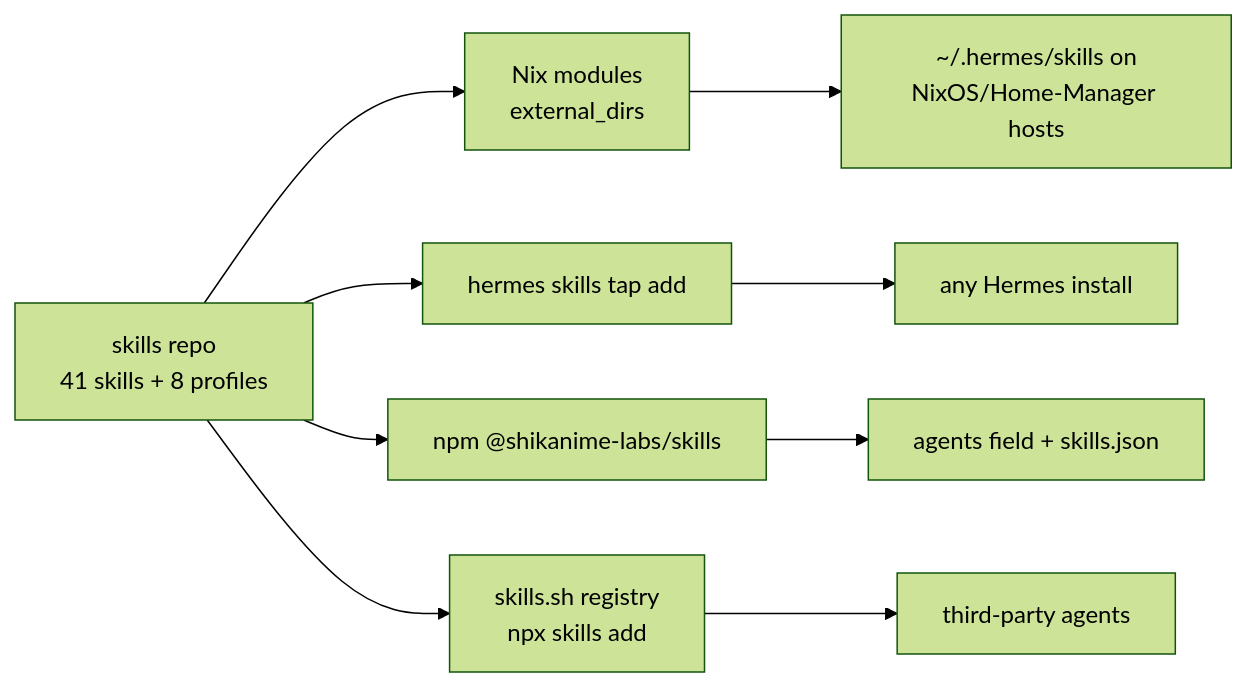
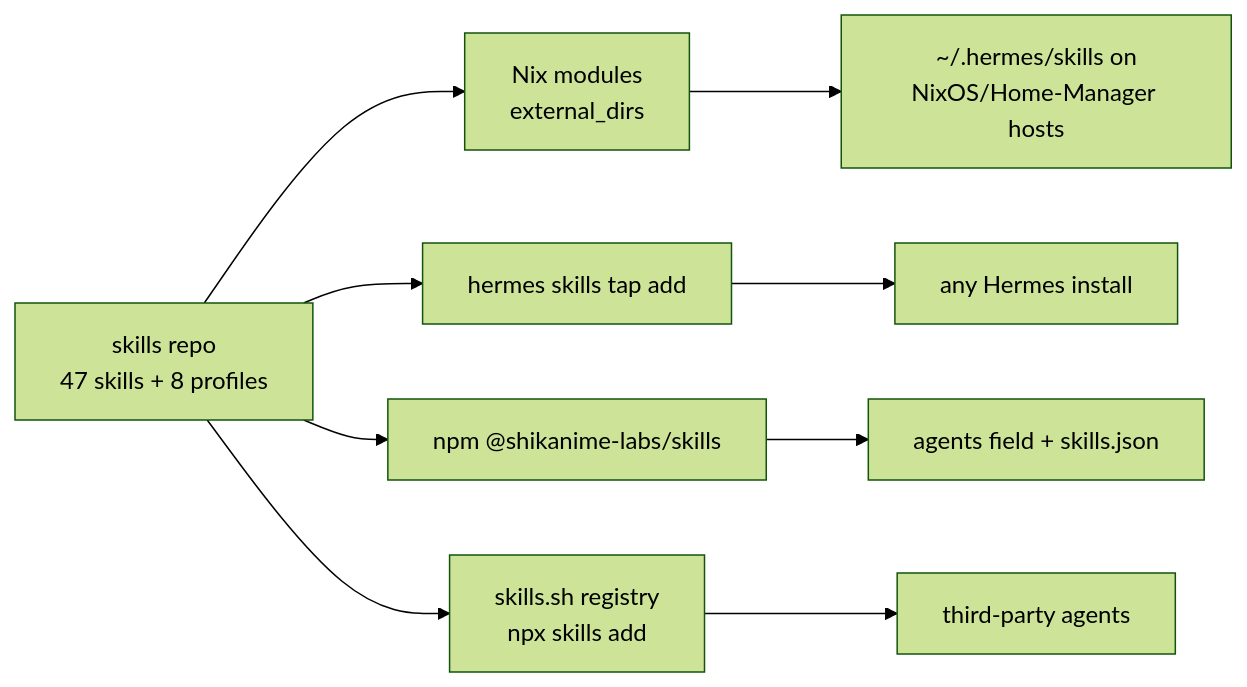
Before and after one commit to shikanime-studio/websites: the diagram in apps/docs/docs/automation/skills.md, drawn with Mermaid (forest theme). The commit also changed other lines of this file and 1 other file, not shown here.

````diff
--- a/apps/docs/docs/automation/skills.md
+++ b/apps/docs/docs/automation/skills.md
@@ -31,11 +31,11 @@
 ```mermaid
 flowchart LR
-  CAT["skills repo<br/>41 skills + 8 profiles"] --> NIX["Nix modules<br/>external_dirs"]
+  CAT["skills repo<br/>47 skills + 8 profiles"] --> NIX["Nix modules<br/>external_dirs"]
   CAT --> TAP["hermes skills tap add"]
   CAT --> NPM["npm @shikanime-labs/skills"]
   CAT --> REG["skills.sh registry<br/>npx skills add"]
   NIX --> H1["~/.hermes/skills on<br/>NixOS/Home-Manager hosts"]
   TAP --> H2["any Hermes install"]
   NPM --> H3["agents field + skills.json"]
   REG --> H4["third-party agents"]
 ```
````
